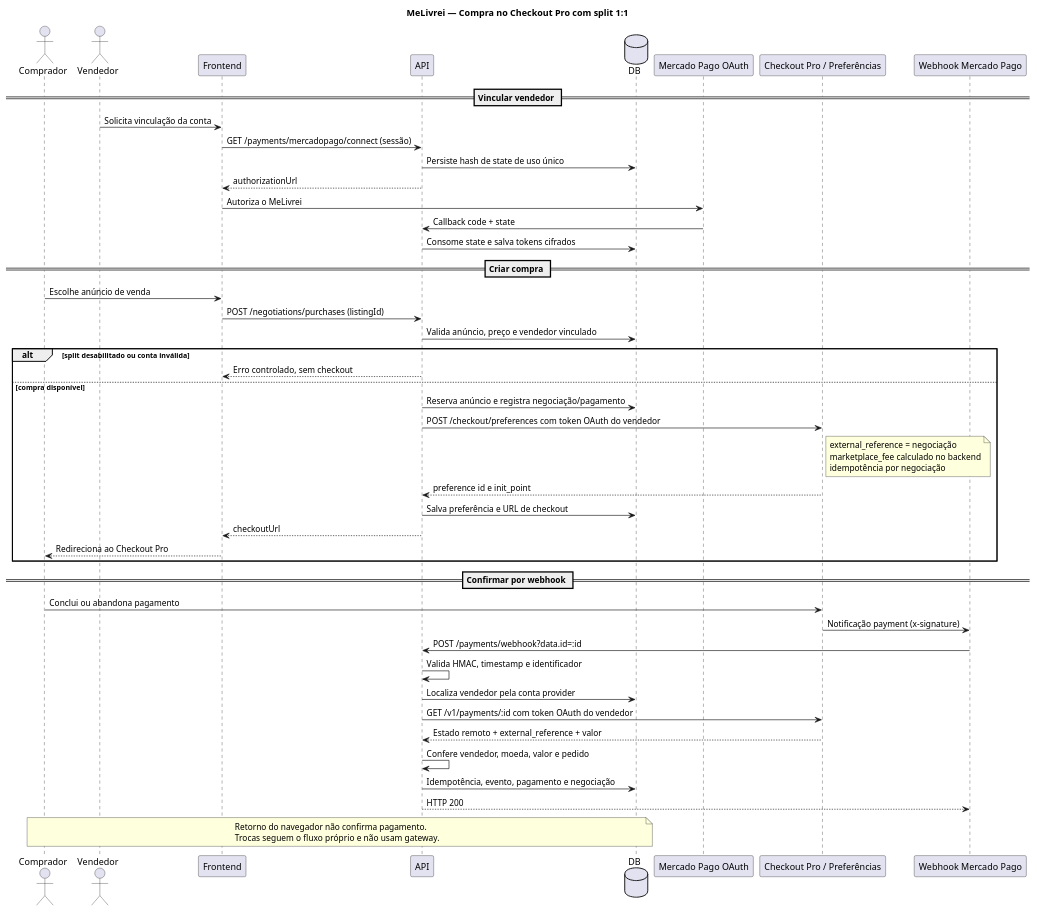
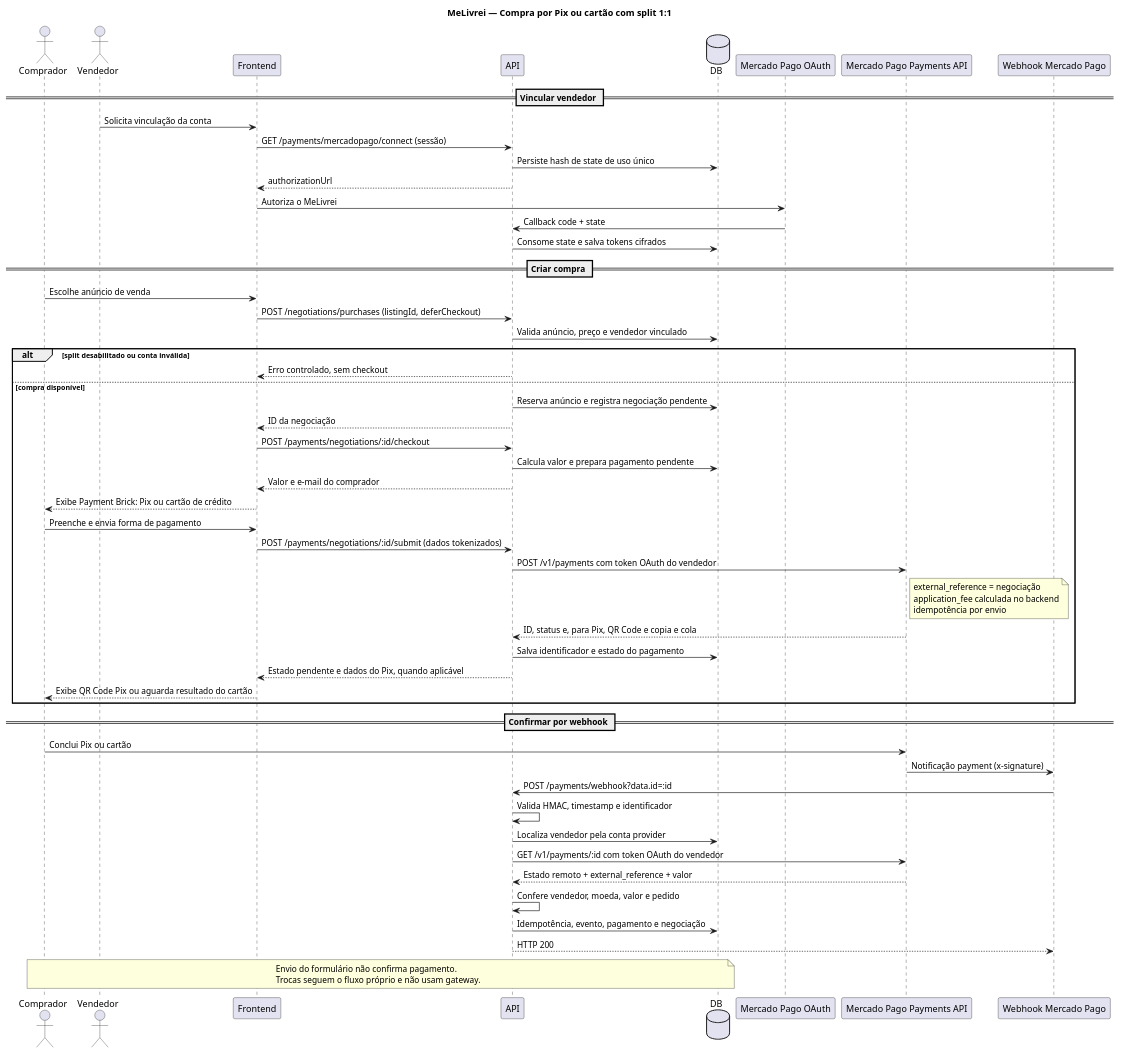
One commit to BuysCode/melivrei changed the diagram in docs/uml/sequencia-compra-mercado-pago.puml. Above: the diagram before and after it, drawn with PlantUML. The commit also changed 57 other files, not shown here.

Commit message:
feat: complete legal pages and pitch flow

```diff
--- a/docs/uml/sequencia-compra-mercado-pago.puml
+++ b/docs/uml/sequencia-compra-mercado-pago.puml
@@ -1,57 +1,64 @@
 @startuml sequencia-compra-mercado-pago
-title MeLivrei — Compra no Checkout Pro com split 1:1
+title MeLivrei — Compra por Pix ou cartão com split 1:1
 actor Comprador
 actor Vendedor
 participant Frontend
 participant API
 database DB
 participant "Mercado Pago OAuth" as OAuth
-participant "Checkout Pro / Preferências" as MP
+participant "Mercado Pago Payments API" as MP
 participant "Webhook Mercado Pago" as Webhook
 
 == Vincular vendedor ==
 Vendedor -> Frontend: Solicita vinculação da conta
 Frontend -> API: GET /payments/mercadopago/connect (sessão)
 API -> DB: Persiste hash de state de uso único
 API --> Frontend: authorizationUrl
 Frontend -> OAuth: Autoriza o MeLivrei
 OAuth -> API: Callback code + state
 API -> DB: Consome state e salva tokens cifrados
 
 == Criar compra ==
 Comprador -> Frontend: Escolhe anúncio de venda
-Frontend -> API: POST /negotiations/purchases (listingId)
+Frontend -> API: POST /negotiations/purchases (listingId, deferCheckout)
 API -> DB: Valida anúncio, preço e vendedor vinculado
 alt split desabilitado ou conta inválida
   API --> Frontend: Erro controlado, sem checkout
 else compra disponível
-  API -> DB: Reserva anúncio e registra negociação/pagamento
-  API -> MP: POST /checkout/preferences com token OAuth do vendedor
+  API -> DB: Reserva anúncio e registra negociação pendente
+  API --> Frontend: ID da negociação
+  Frontend -> API: POST /payments/negotiations/:id/checkout
+  API -> DB: Calcula valor e prepara pagamento pendente
+  API --> Frontend: Valor e e-mail do comprador
+  Frontend --> Comprador: Exibe Payment Brick: Pix ou cartão de crédito
+  Comprador -> Frontend: Preenche e envia forma de pagamento
+  Frontend -> API: POST /payments/negotiations/:id/submit (dados tokenizados)
+  API -> MP: POST /v1/payments com token OAuth do vendedor
   note right of MP
     external_reference = negociação
-    marketplace_fee calculado no backend
-    idempotência por negociação
+    application_fee calculada no backend
+    idempotência por envio
   end note
-  MP --> API: preference id e init_point
-  API -> DB: Salva preferência e URL de checkout
-  API --> Frontend: checkoutUrl
-  Frontend --> Comprador: Redireciona ao Checkout Pro
+  MP --> API: ID, status e, para Pix, QR Code e copia e cola
+  API -> DB: Salva identificador e estado do pagamento
+  API --> Frontend: Estado pendente e dados do Pix, quando aplicável
+  Frontend --> Comprador: Exibe QR Code Pix ou aguarda resultado do cartão
 end
 
 == Confirmar por webhook ==
-Comprador -> MP: Conclui ou abandona pagamento
+Comprador -> MP: Conclui Pix ou cartão
 MP -> Webhook: Notificação payment (x-signature)
 Webhook -> API: POST /payments/webhook?data.id=:id
 API -> API: Valida HMAC, timestamp e identificador
 API -> DB: Localiza vendedor pela conta provider
 API -> MP: GET /v1/payments/:id com token OAuth do vendedor
 MP --> API: Estado remoto + external_reference + valor
 API -> API: Confere vendedor, moeda, valor e pedido
 API -> DB: Idempotência, evento, pagamento e negociação
 API --> Webhook: HTTP 200
 
 note over Comprador, DB
-Retorno do navegador não confirma pagamento.
+Envio do formulário não confirma pagamento.
 Trocas seguem o fluxo próprio e não usam gateway.
 end note
 @enduml
```
